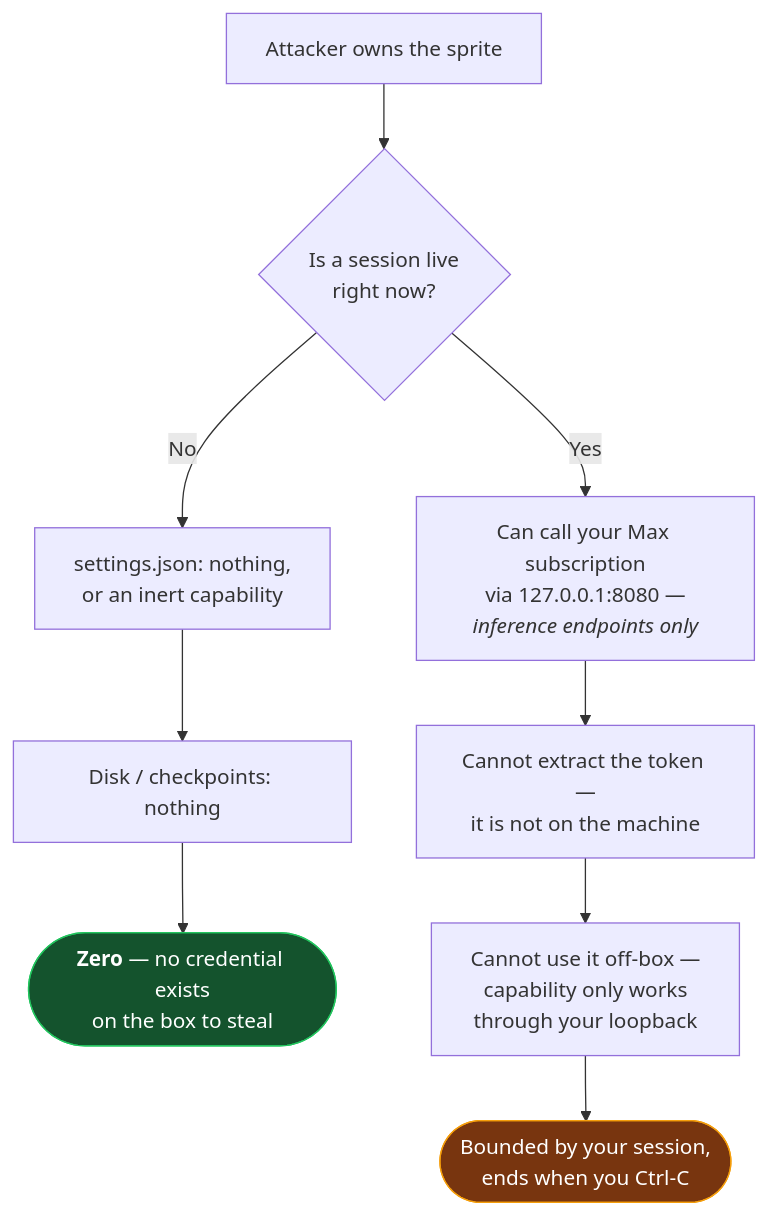
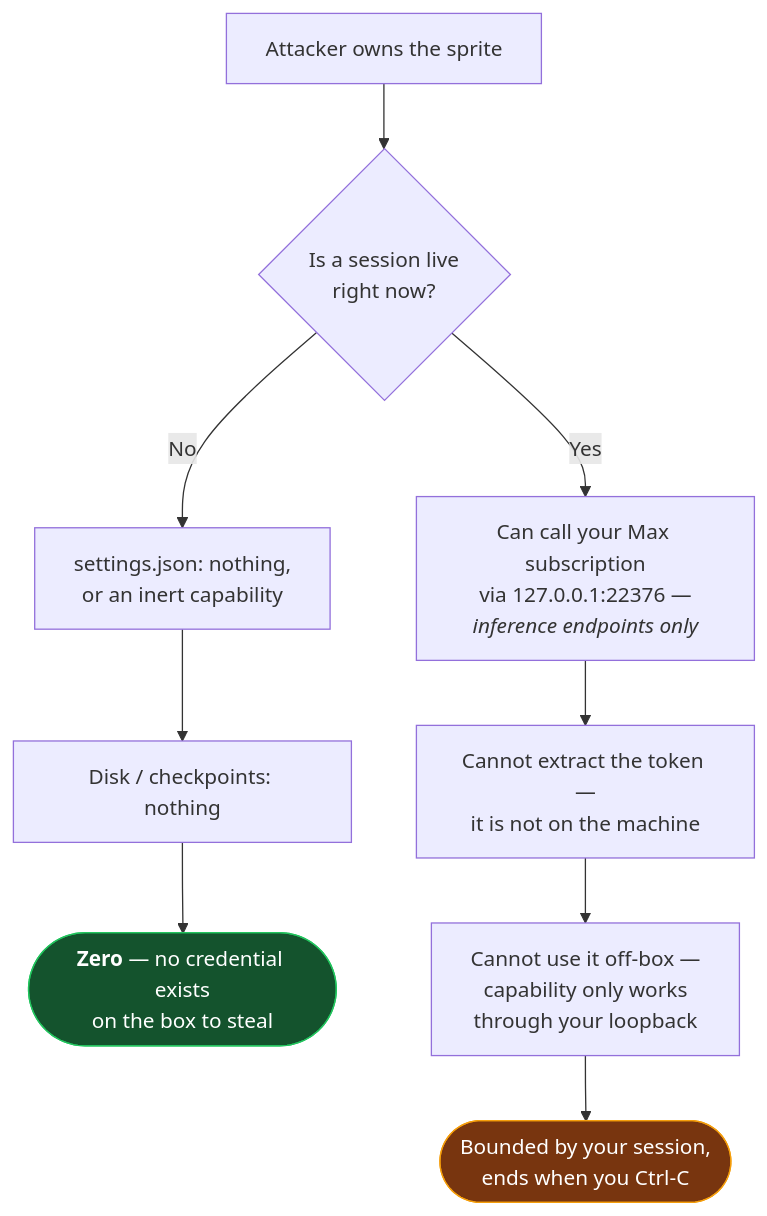
The fifth of 5 diagrams in README.md (metcalfc/imp), drawn with Mermaid before and after one commit. The commit also changed other lines of this file and 1 other file, not shown here.

````diff
--- a/README.md
+++ b/README.md
@@ -383,18 +390,18 @@
 ```mermaid
 flowchart TB
     A["Attacker owns the sprite"] --> Q{"Is a session live<br/>right now?"}
 
     Q -->|"No"| N1["settings.json: nothing,<br/>or an inert capability"]
     N1 --> N2["Disk / checkpoints: nothing"]
     N2 --> N3(["<b>Zero</b> — no credential exists<br/>on the box to steal"])
 
-    Q -->|"Yes"| Y1["Can call your Max subscription<br/>via 127.0.0.1:8080 —<br/><i>inference endpoints only</i>"]
+    Q -->|"Yes"| Y1["Can call your Max subscription<br/>via 127.0.0.1:22376 —<br/><i>inference endpoints only</i>"]
     Y1 --> Y2["Cannot extract the token —<br/>it is not on the machine"]
     Y2 --> Y3["Cannot use it off-box —<br/>capability only works<br/>through your loopback"]
     Y3 --> Y4(["Bounded by your session,<br/>ends when you Ctrl-C"])
 
     classDef good fill:#14532d,stroke:#22c55e,color:#fff
     classDef warn fill:#78350f,stroke:#f59e0b,color:#fff
     class N3 good
     class Y4 warn
 ```
````
